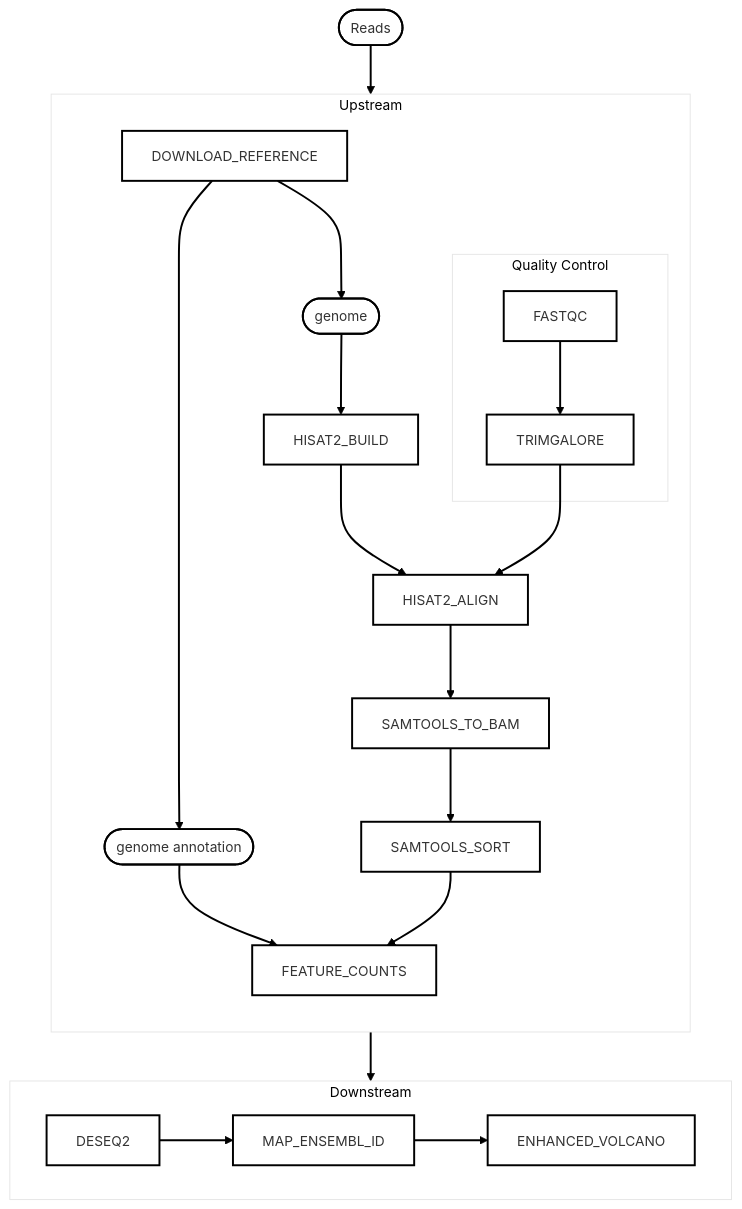
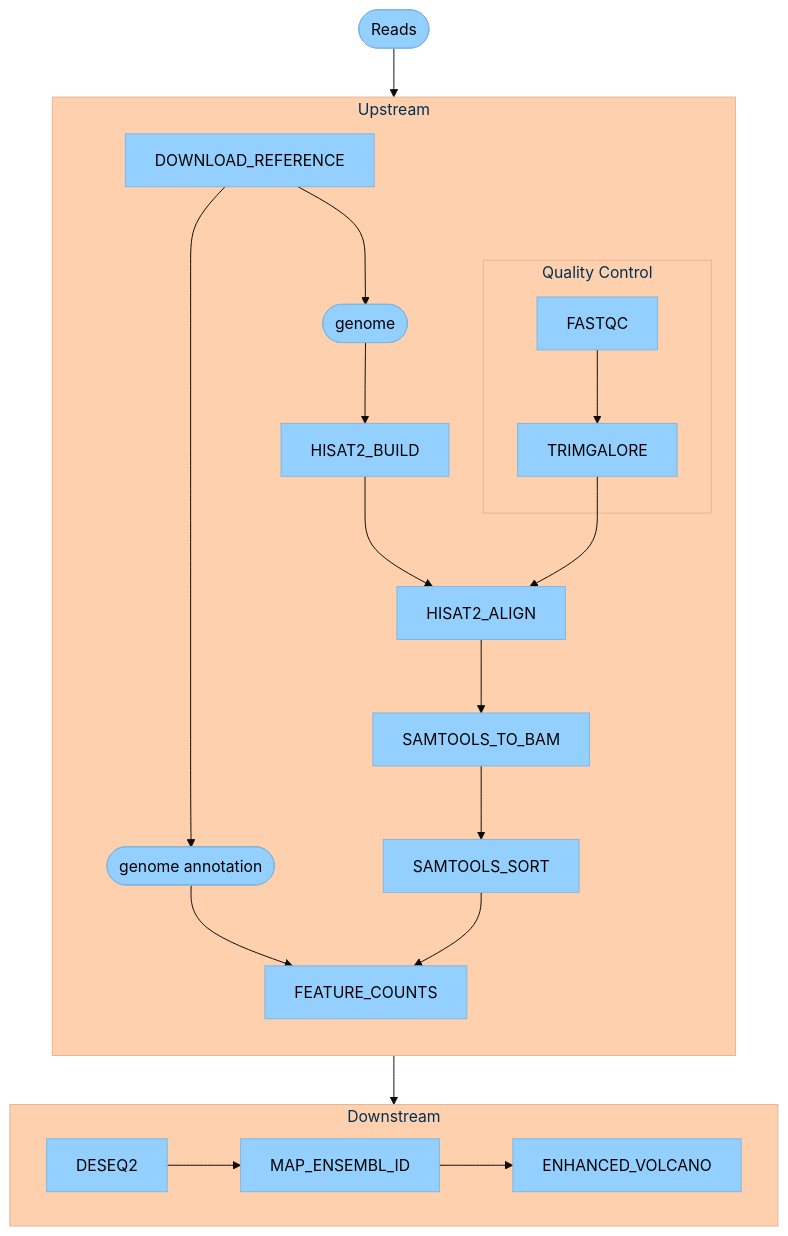
Before and after one commit to tonyliang19/biof501-project: the diagram in README.md, drawn with Mermaid.

Commit message:
try add config color for mermaid diagram

````diff
--- a/README.md
+++ b/README.md
@@ -39,47 +39,54 @@
 ```mermaid
----
-config:
-  theme: neo
----
+%%{
+  init: {
+    'theme': 'base',
+    'themeVariables': {
+      'primaryColor': '#93D0FF',
+      'primaryTextColor': '#000'
+    }
+  }
+}%%
+
+
 flowchart TB
  subgraph qc["Quality Control"]
         TRIMGALORE["TRIMGALORE"]
         FASTQC["FASTQC"]
   end
  subgraph upstream["Upstream"]
     direction TB
         qc
         GENOME(["genome"])
         DOWNLOAD_REFERENCE["DOWNLOAD_REFERENCE"]
         GENOME_ANNOTATION(["genome annotation"])
         HISAT2_BUILD["HISAT2_BUILD"]
         FEATURE_COUNTS["FEATURE_COUNTS"]
         HISAT2_ALIGN["HISAT2_ALIGN"]
         SAMTOOLS_TO_BAM["SAMTOOLS_TO_BAM"]
         SAMTOOLS_SORT["SAMTOOLS_SORT"]
   end
  subgraph downstream["Downstream"]
     direction LR
         MAP_ENSEMBL_ID["MAP_ENSEMBL_ID"]
         DESEQ2["DESEQ2"]
         ENHANCED_VOLCANO["ENHANCED_VOLCANO"]
   end
     FASTQC --> TRIMGALORE
     DOWNLOAD_REFERENCE --> GENOME & GENOME_ANNOTATION
     GENOME --> HISAT2_BUILD
     GENOME_ANNOTATION --> FEATURE_COUNTS
     HISAT2_BUILD --> HISAT2_ALIGN
     HISAT2_ALIGN --> SAMTOOLS_TO_BAM
     SAMTOOLS_TO_BAM --> SAMTOOLS_SORT
     SAMTOOLS_SORT --> FEATURE_COUNTS
     DESEQ2 --> MAP_ENSEMBL_ID
     MAP_ENSEMBL_ID --> ENHANCED_VOLCANO
     reads(["Reads"]) --> qc
     TRIMGALORE --> HISAT2_ALIGN
     FEATURE_COUNTS --> downstream
     %% style qc fill:#C8E6C9
     %% style DOWNLOAD_REFERENCE fill:#FFFFFF
     %% style downstream fill:#FFF9C4
     %% style upstream fill:#BBDEFB
 
 ```
````
